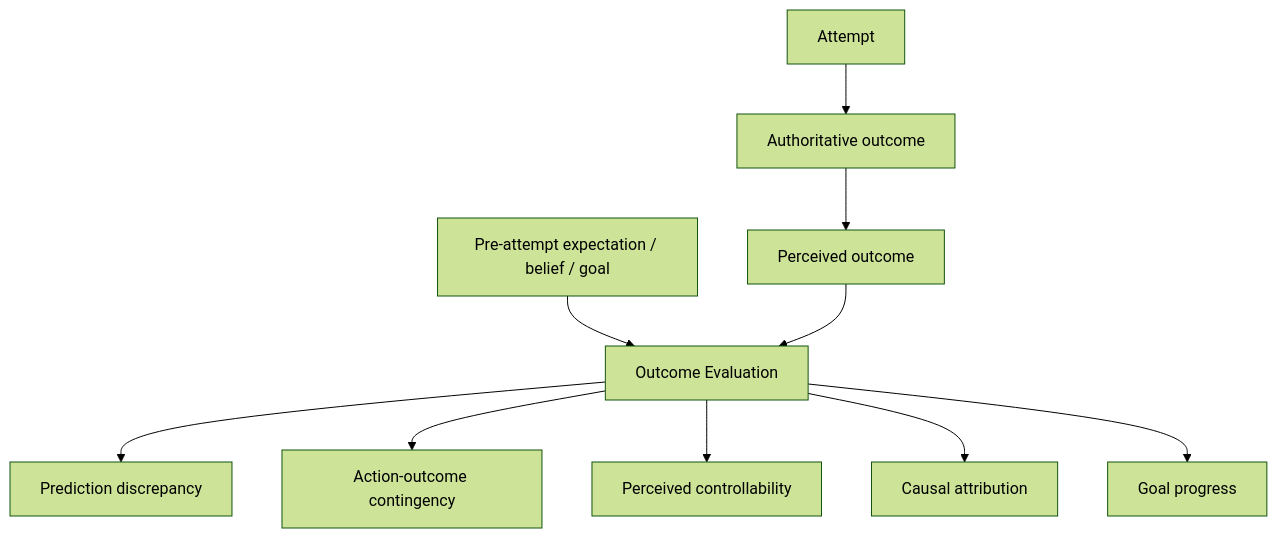
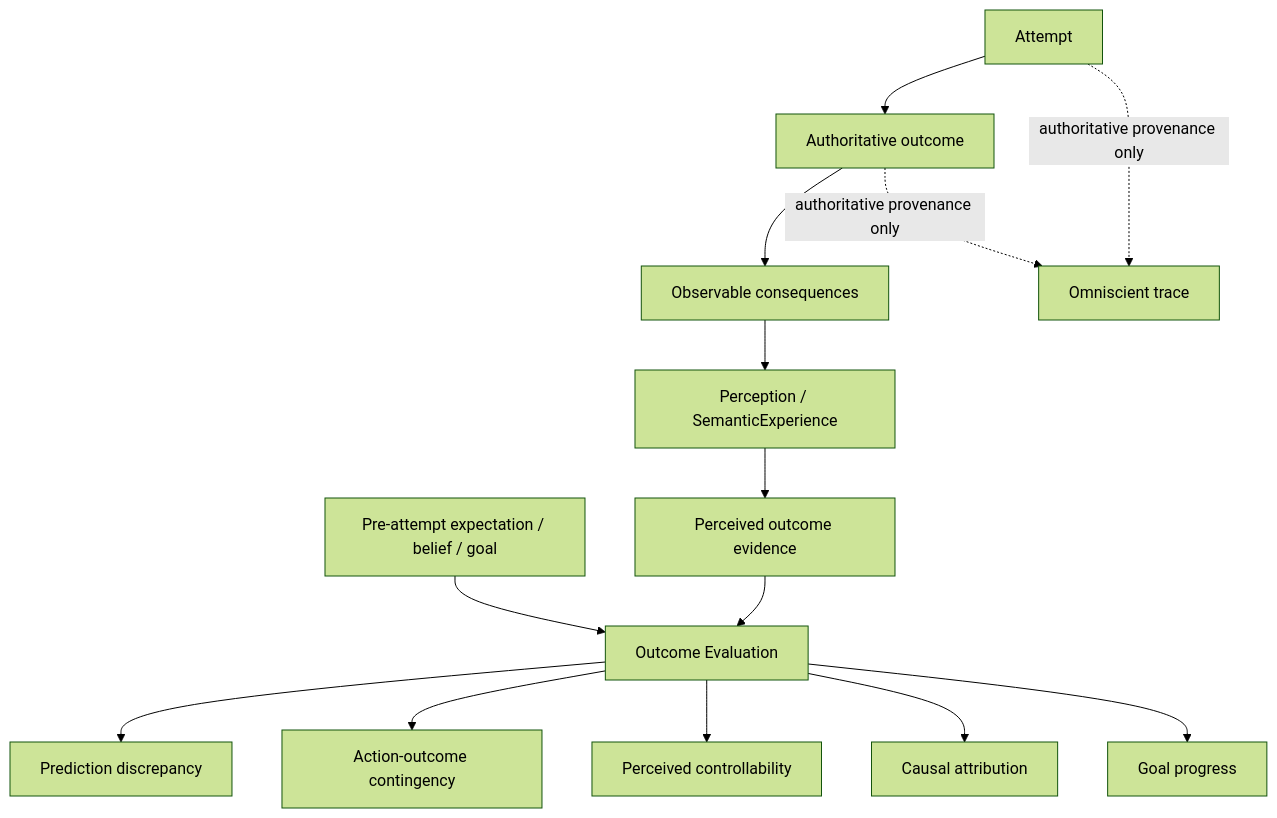
Before and after one commit to scoobydeezy/characterlab: the eighth of 10 diagrams in CHARACTER_ARCHITECTURE.md, drawn with Mermaid (forest theme). The commit also changed other lines of this file and 18 other files, not shown here.

````diff
--- a/CHARACTER_ARCHITECTURE.md
+++ b/CHARACTER_ARCHITECTURE.md
@@ -1240,17 +1334,23 @@
 ```mermaid
 flowchart TB
     Before[Pre-attempt expectation / belief / goal]
     Attempt[Attempt]
     Truth[Authoritative outcome]
-    Perceived[Perceived outcome]
+    Observable[Observable consequences]
+    Perception[Perception / SemanticExperience]
+    Perceived[Perceived outcome evidence]
     Eval[Outcome Evaluation]
+    Trace[Omniscient trace]
 
     Eval --> Surprise[Prediction discrepancy]
     Eval --> Contingency[Action-outcome contingency]
     Eval --> Control[Perceived controllability]
     Eval --> Cause[Causal attribution]
     Eval --> Progress[Goal progress]
 
     Before --> Eval
-    Attempt --> Truth --> Perceived --> Eval
+    Attempt --> Truth
+    Truth --> Observable --> Perception --> Perceived --> Eval
+    Truth -. authoritative provenance only .-> Trace
+    Attempt -. authoritative provenance only .-> Trace
 ```
````
